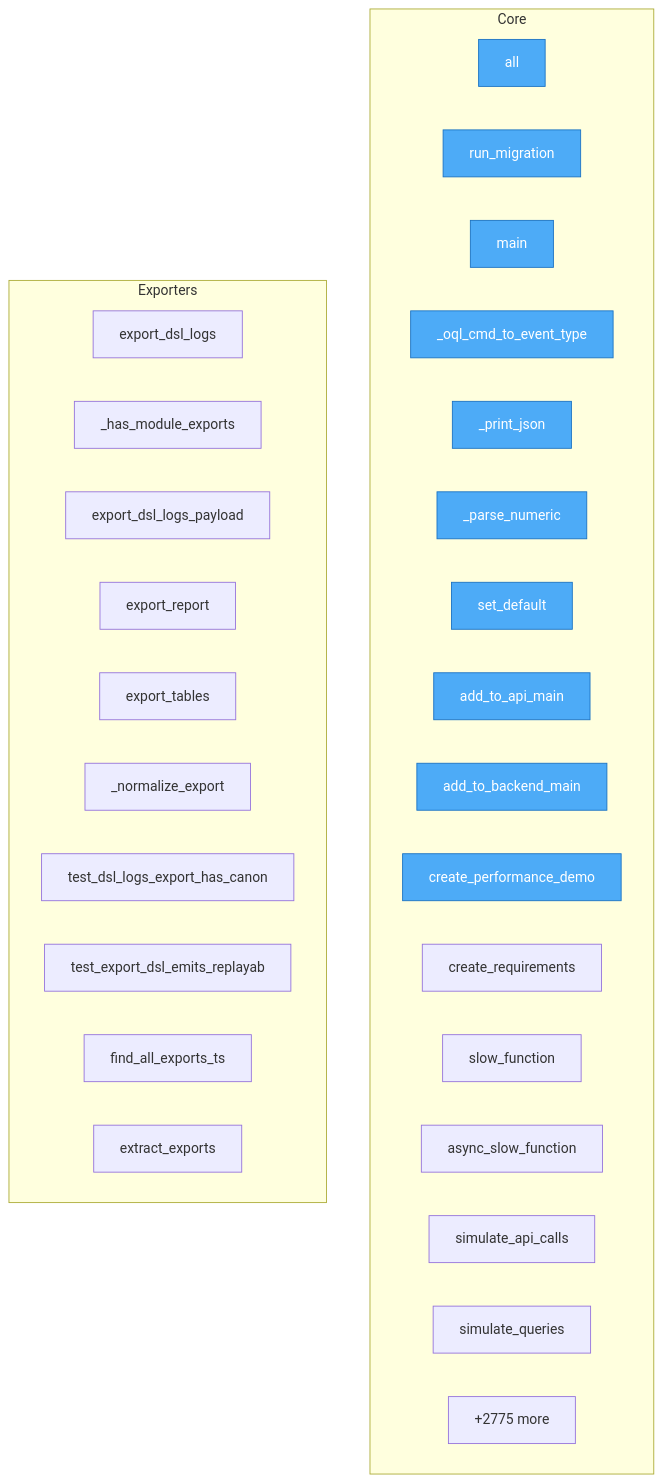
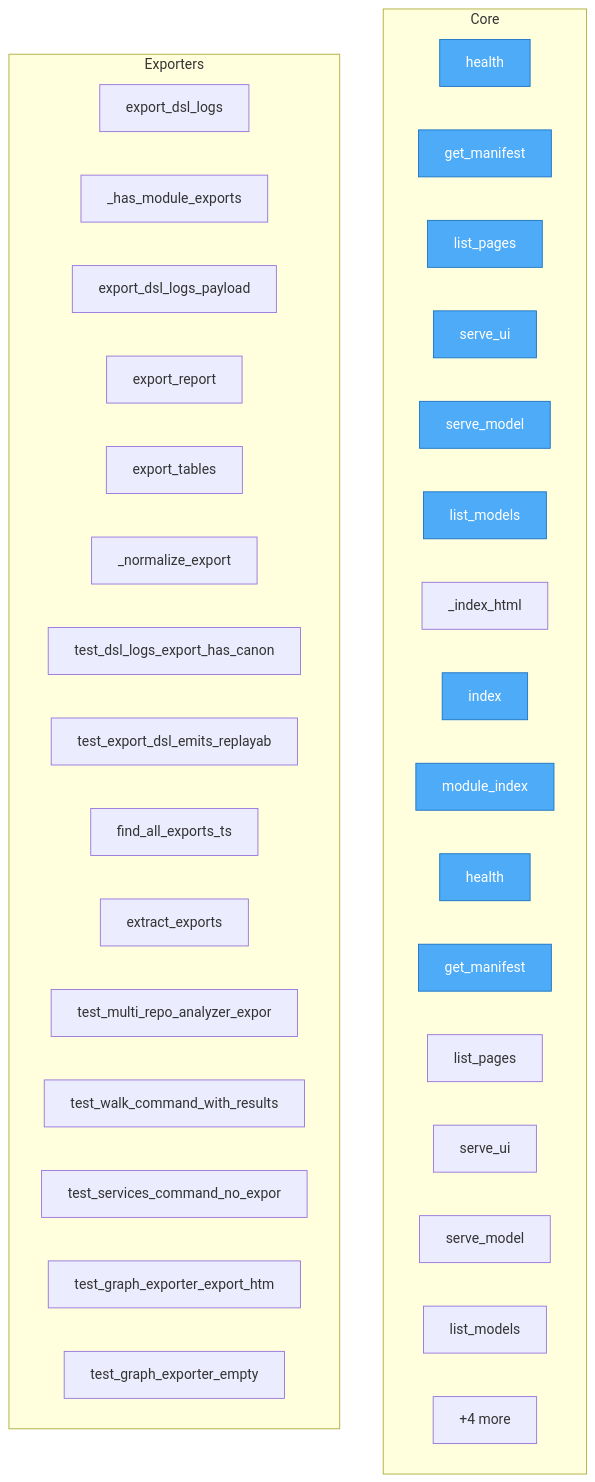
Before and after one commit to semcod/resplit: the diagram in project/flow.mmd, drawn with Mermaid. The commit also changed 26 other files, not shown here.

```diff
--- a/project/flow.mmd
+++ b/project/flow.mmd
@@ -1,38 +1,44 @@
 flowchart TD
 
     %% Entry points (blue)
     classDef entry fill:#4dabf7,stroke:#1971c2,color:#fff
 
     subgraph Core
-        SUMD__all["all"]
-        SUMD__run_migration["run_migration"]
-        SUMD__main["main"]
-        SUMD___oql_cmd_to_event_type["_oql_cmd_to_event_type"]
-        SUMD___print_json["_print_json"]
-        SUMD___parse_numeric["_parse_numeric"]
-        SUMD__set_default["set_default"]
-        SUMD__add_to_api_main["add_to_api_main"]
-        SUMD__add_to_backend_main["add_to_backend_main"]
-        SUMD__create_performance_demo["create_performance_demo"]
-        SUMD__create_requirements["create_requirements"]
-        SUMD__slow_function["slow_function"]
-        SUMD__async_slow_function["async_slow_function"]
-        SUMD__simulate_api_calls["simulate_api_calls"]
-        SUMD__simulate_queries["simulate_queries"]
-        ...["+2775 more"]
+        restored_c2004_health__api_health__backend__modules__connect_config_network__api__main__health["health"]
+        restored_c2004_health__api_health__backend__modules__connect_config_network__api__main__get_manifest["get_manifest"]
+        restored_c2004_health__api_health__backend__modules__connect_config_network__api__main__list_pages["list_pages"]
+        restored_c2004_health__api_health__backend__modules__connect_config_network__api__main__serve_ui["serve_ui"]
+        restored_c2004_health__api_health__backend__modules__connect_config_network__api__main__serve_model["serve_model"]
+        restored_c2004_health__api_health__backend__modules__connect_config_network__api__main__list_models["list_models"]
+        restored_c2004_health__api_health__backend__modules__connect_config_network__api__main___index_html["_index_html"]
+        restored_c2004_health__api_health__backend__modules__connect_config_network__api__main__index["index"]
+        restored_c2004_health__api_health__backend__modules__connect_config_network__api__main__module_index["module_index"]
+        restored_c2004_health__api_health__backend__modules__connect_id_user_list__api__main__health["health"]
+        restored_c2004_health__api_health__backend__modules__connect_id_user_list__api__main__get_manifest["get_manifest"]
+        restored_c2004_health__api_health__backend__modules__connect_id_user_list__api__main__list_pages["list_pages"]
+        restored_c2004_health__api_health__backend__modules__connect_id_user_list__api__main__serve_ui["serve_ui"]
+        restored_c2004_health__api_health__backend__modules__connect_id_user_list__api__main__serve_model["serve_model"]
+        restored_c2004_health__api_health__backend__modules__connect_id_user_list__api__main__list_models["list_models"]
+        ...["+3197 more"]
     end
 
     subgraph Exporters
         SUMD__export_dsl_logs["export_dsl_logs"]
         SUMD___has_module_exports["_has_module_exports"]
         SUMD__export_dsl_logs_payload["export_dsl_logs_payload"]
         SUMD__export_report["export_report"]
         SUMD__export_tables["export_tables"]
         SUMD___normalize_export["_normalize_export"]
         SUMD__test_dsl_logs_export_has_canonical_logs_route_and_dsl_alias["test_dsl_logs_export_has_canon"]
         SUMD__test_export_dsl_emits_replayable_api_lines_and_comments_unknown_entries["test_export_dsl_emits_replayab"]
         SUMD__find_all_exports_ts["find_all_exports_ts"]
         SUMD__extract_exports["extract_exports"]
+        SUMD__test_multi_repo_analyzer_export_json["test_multi_repo_analyzer_expor"]
+        SUMD__test_walk_command_with_results_generates_exports["test_walk_command_with_results"]
+        SUMD__test_services_command_no_export["test_services_command_no_expor"]
+        SUMD__test_graph_exporter_export_html["test_graph_exporter_export_htm"]
+        SUMD__test_graph_exporter_empty["test_graph_exporter_empty"]
+        ...["+4 more"]
     end
 
-    class SUMD__all,SUMD__run_migration,SUMD__main,SUMD___oql_cmd_to_event_type,SUMD___print_json,SUMD___parse_numeric,SUMD__set_default,SUMD__add_to_api_main,SUMD__add_to_backend_main,SUMD__create_performance_demo entry
+    class restored_c2004_health__api_health__backend__modules__connect_config_network__api__main__health,restored_c2004_health__api_health__backend__modules__connect_config_network__api__main__get_manifest,restored_c2004_health__api_health__backend__modules__connect_config_network__api__main__list_pages,restored_c2004_health__api_health__backend__modules__connect_config_network__api__main__serve_ui,restored_c2004_health__api_health__backend__modules__connect_config_network__api__main__serve_model,restored_c2004_health__api_health__backend__modules__connect_config_network__api__main__list_models,restored_c2004_health__api_health__backend__modules__connect_config_network__api__main__index,restored_c2004_health__api_health__backend__modules__connect_config_network__api__main__module_index,restored_c2004_health__api_health__backend__modules__connect_id_user_list__api__main__health,restored_c2004_health__api_health__backend__modules__connect_id_user_list__api__main__get_manifest entry
```
